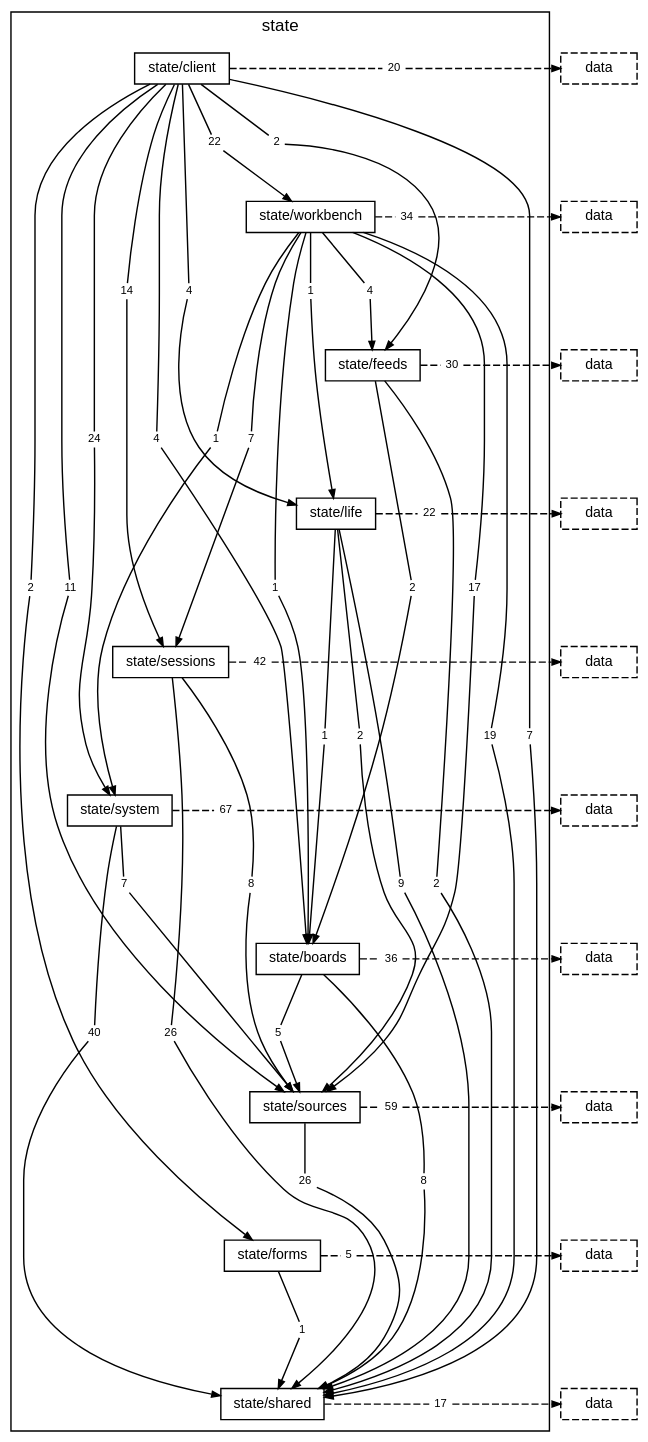
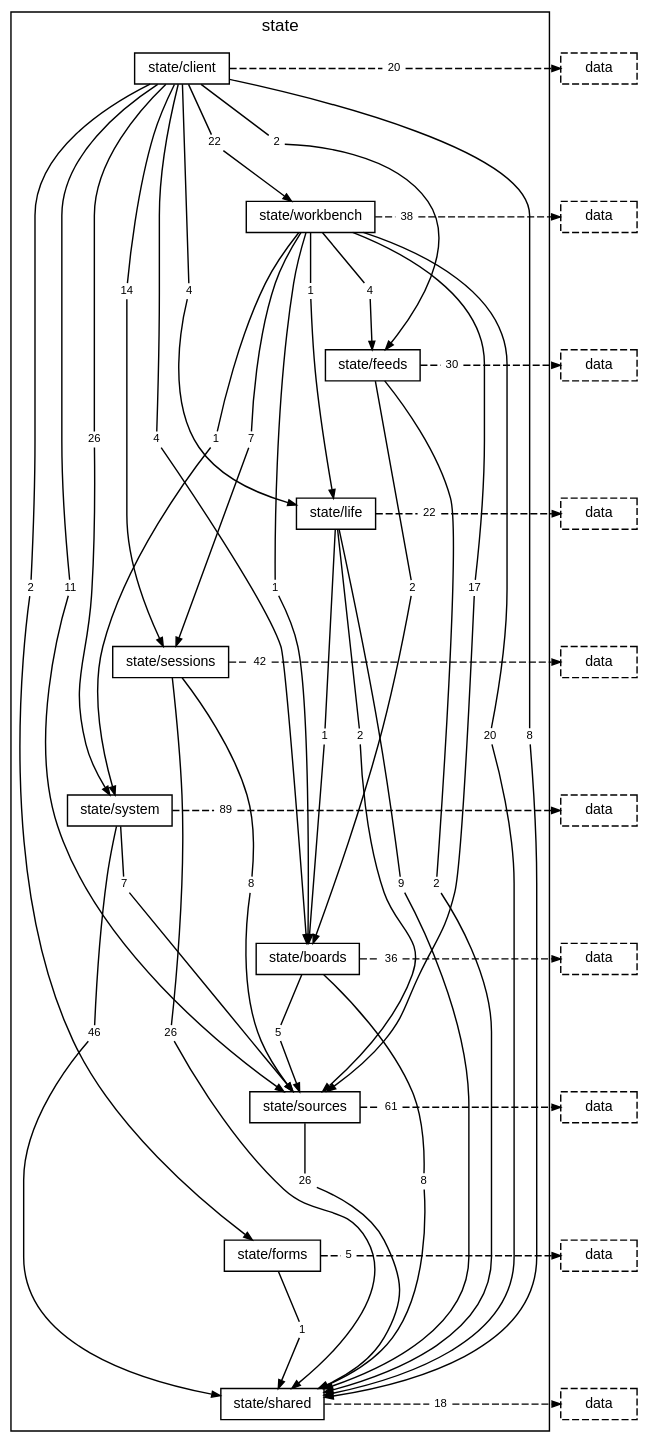
The diagram in docs/diagrams/layer-state.dot (TheAxeC/oculus), drawn with Graphviz before and after one commit. The commit also changed 357 other files, not shown here.

```diff
--- a/docs/diagrams/layer-state.dot
+++ b/docs/diagrams/layer-state.dot
@@ -19,19 +19,19 @@
         "folder state/client to folder state/forms" [label="2", shape=box, color="transparent", fontsize=8, width=0, height=0, margin="0.04,0.02"];
         "folder state/client to folder state/life" [label="4", shape=box, color="transparent", fontsize=8, width=0, height=0, margin="0.04,0.02"];
         "folder state/client to folder state/sessions" [label="14", shape=box, color="transparent", fontsize=8, width=0, height=0, margin="0.04,0.02"];
-        "folder state/client to folder state/shared" [label="7", shape=box, color="transparent", fontsize=8, width=0, height=0, margin="0.04,0.02"];
+        "folder state/client to folder state/shared" [label="8", shape=box, color="transparent", fontsize=8, width=0, height=0, margin="0.04,0.02"];
         "folder state/client to folder state/sources" [label="11", shape=box, color="transparent", fontsize=8, width=0, height=0, margin="0.04,0.02"];
-        "folder state/client to folder state/system" [label="24", shape=box, color="transparent", fontsize=8, width=0, height=0, margin="0.04,0.02"];
+        "folder state/client to folder state/system" [label="26", shape=box, color="transparent", fontsize=8, width=0, height=0, margin="0.04,0.02"];
         "folder state/client to folder state/workbench" [label="22", shape=box, color="transparent", fontsize=8, width=0, height=0, margin="0.04,0.02"];
         "folder state/client to layer data" [label="20", shape=box, color="transparent", fontsize=8, width=0, height=0, margin="0.04,0.02"];
         "folder state/workbench to folder state/boards" [label="1", shape=box, color="transparent", fontsize=8, width=0, height=0, margin="0.04,0.02"];
         "folder state/workbench to folder state/feeds" [label="4", shape=box, color="transparent", fontsize=8, width=0, height=0, margin="0.04,0.02"];
         "folder state/workbench to folder state/life" [label="1", shape=box, color="transparent", fontsize=8, width=0, height=0, margin="0.04,0.02"];
         "folder state/workbench to folder state/sessions" [label="7", shape=box, color="transparent", fontsize=8, width=0, height=0, margin="0.04,0.02"];
-        "folder state/workbench to folder state/shared" [label="19", shape=box, color="transparent", fontsize=8, width=0, height=0, margin="0.04,0.02"];
+        "folder state/workbench to folder state/shared" [label="20", shape=box, color="transparent", fontsize=8, width=0, height=0, margin="0.04,0.02"];
         "folder state/workbench to folder state/sources" [label="17", shape=box, color="transparent", fontsize=8, width=0, height=0, margin="0.04,0.02"];
         "folder state/workbench to folder state/system" [label="1", shape=box, color="transparent", fontsize=8, width=0, height=0, margin="0.04,0.02"];
-        "folder state/workbench to layer data" [label="34", shape=box, color="transparent", fontsize=8, width=0, height=0, margin="0.04,0.02"];
+        "folder state/workbench to layer data" [label="38", shape=box, color="transparent", fontsize=8, width=0, height=0, margin="0.04,0.02"];
         "folder state/feeds to folder state/boards" [label="2", shape=box, color="transparent", fontsize=8, width=0, height=0, margin="0.04,0.02"];
         "folder state/feeds to folder state/shared" [label="2", shape=box, color="transparent", fontsize=8, width=0, height=0, margin="0.04,0.02"];
         "folder state/feeds to layer data" [label="30", shape=box, color="transparent", fontsize=8, width=0, height=0, margin="0.04,0.02"];
@@ -42,17 +42,17 @@
         "folder state/sessions to folder state/shared" [label="26", shape=box, color="transparent", fontsize=8, width=0, height=0, margin="0.04,0.02"];
         "folder state/sessions to folder state/sources" [label="8", shape=box, color="transparent", fontsize=8, width=0, height=0, margin="0.04,0.02"];
         "folder state/sessions to layer data" [label="42", shape=box, color="transparent", fontsize=8, width=0, height=0, margin="0.04,0.02"];
-        "folder state/system to folder state/shared" [label="40", shape=box, color="transparent", fontsize=8, width=0, height=0, margin="0.04,0.02"];
+        "folder state/system to folder state/shared" [label="46", shape=box, color="transparent", fontsize=8, width=0, height=0, margin="0.04,0.02"];
         "folder state/system to folder state/sources" [label="7", shape=box, color="transparent", fontsize=8, width=0, height=0, margin="0.04,0.02"];
-        "folder state/system to layer data" [label="67", shape=box, color="transparent", fontsize=8, width=0, height=0, margin="0.04,0.02"];
+        "folder state/system to layer data" [label="89", shape=box, color="transparent", fontsize=8, width=0, height=0, margin="0.04,0.02"];
         "folder state/boards to folder state/shared" [label="8", shape=box, color="transparent", fontsize=8, width=0, height=0, margin="0.04,0.02"];
         "folder state/boards to folder state/sources" [label="5", shape=box, color="transparent", fontsize=8, width=0, height=0, margin="0.04,0.02"];
         "folder state/boards to layer data" [label="36", shape=box, color="transparent", fontsize=8, width=0, height=0, margin="0.04,0.02"];
         "folder state/sources to folder state/shared" [label="26", shape=box, color="transparent", fontsize=8, width=0, height=0, margin="0.04,0.02"];
-        "folder state/sources to layer data" [label="59", shape=box, color="transparent", fontsize=8, width=0, height=0, margin="0.04,0.02"];
+        "folder state/sources to layer data" [label="61", shape=box, color="transparent", fontsize=8, width=0, height=0, margin="0.04,0.02"];
         "folder state/forms to folder state/shared" [label="1", shape=box, color="transparent", fontsize=8, width=0, height=0, margin="0.04,0.02"];
         "folder state/forms to layer data" [label="5", shape=box, color="transparent", fontsize=8, width=0, height=0, margin="0.04,0.02"];
-        "folder state/shared to layer data" [label="17", shape=box, color="transparent", fontsize=8, width=0, height=0, margin="0.04,0.02"];
+        "folder state/shared to layer data" [label="18", shape=box, color="transparent", fontsize=8, width=0, height=0, margin="0.04,0.02"];
     }
     "layer data from folder state/client" [label="data", style=dashed];
     "layer data from folder state/workbench" [label="data", style=dashed];
```
